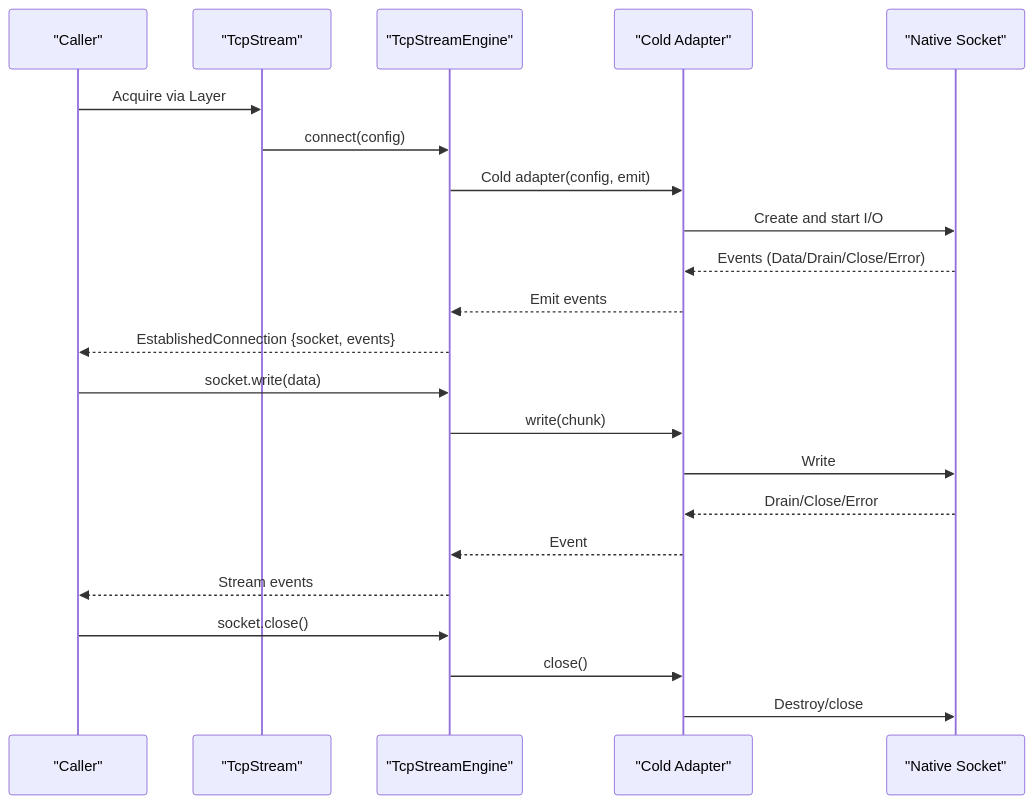
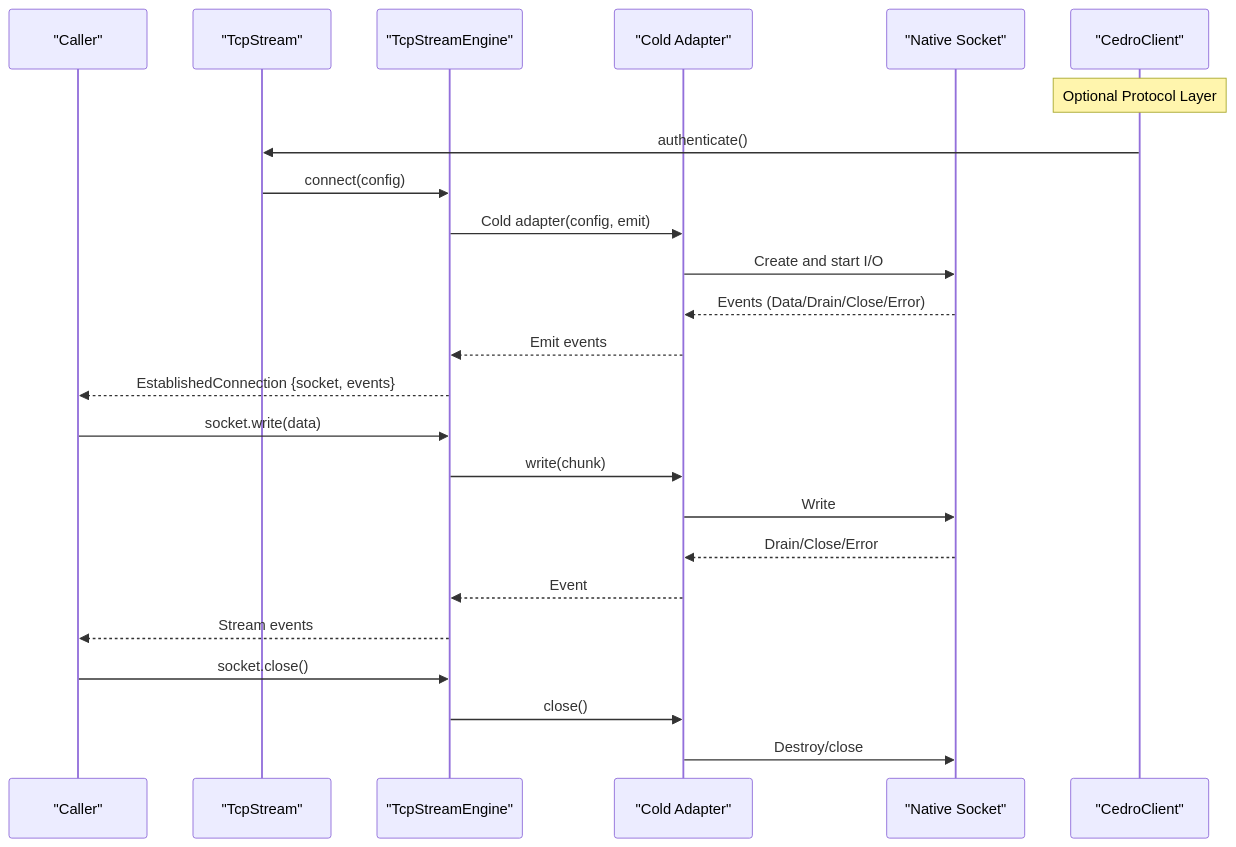
Before and after one commit to 6qat/lab-effect4: the second of 9 diagrams in .qoder/repowiki/en/content/TCP Stream Engine/TCP Stream Engine.md, drawn with Mermaid. The commit also changed other lines of this file and 76 other files, not shown here.

````diff
--- a/.qoder/repowiki/en/content/TCP Stream Engine/TCP Stream Engine.md
+++ b/.qoder/repowiki/en/content/TCP Stream Engine/TCP Stream Engine.md
@@ -123,24 +147,26 @@
 ```mermaid
 sequenceDiagram
 participant Caller as "Caller"
 participant TcpStream as "TcpStream"
 participant Engine as "TcpStreamEngine"
 participant Adapter as "Cold Adapter"
 participant Socket as "Native Socket"
-Caller->>TcpStream : Acquire via Layer
+participant Cedro as "CedroClient"
+Note over Cedro : Optional Protocol Layer
+Cedro->>TcpStream : authenticate()
 TcpStream->>Engine : connect(config)
 Engine->>Adapter : Cold adapter(config, emit)
 Adapter->>Socket : Create and start I/O
 Socket-->>Adapter : Events (Data/Drain/Close/Error)
 Adapter-->>Engine : Emit events
 Engine-->>Caller : EstablishedConnection {socket, events}
 Caller->>Engine : socket.write(data)
 Engine->>Adapter : write(chunk)
 Adapter->>Socket : Write
 Socket-->>Adapter : Drain/Close/Error
 Adapter-->>Engine : Event
 Engine-->>Caller : Stream events
 Caller->>Engine : socket.close()
 Engine->>Adapter : close()
 Adapter->>Socket : Destroy/close
 ```
````
